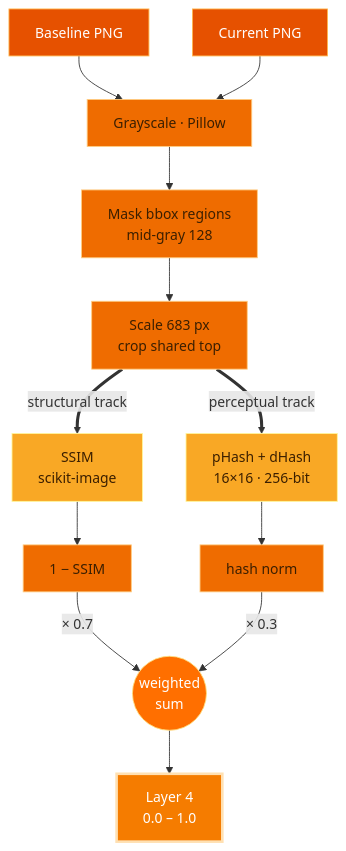
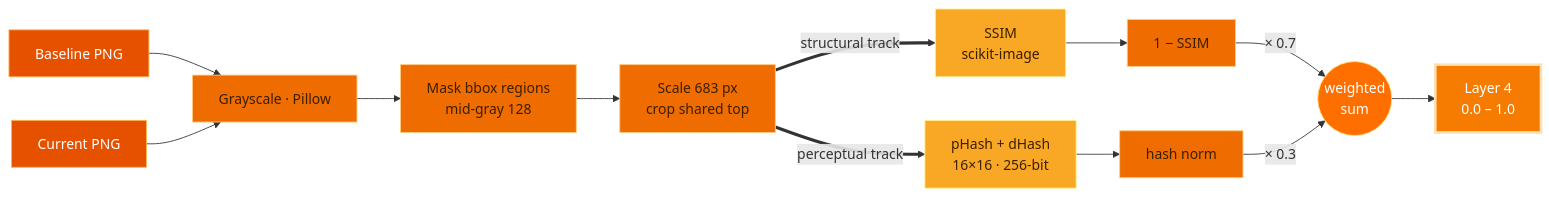
The diagram in docs/layers/4-visual-diff.mdx (Ns81000/WARDRESS), drawn with Mermaid before and after one commit. The commit also changed 6 other files, not shown here.

````diff
--- a/docs/layers/4-visual-diff.mdx
+++ b/docs/layers/4-visual-diff.mdx
@@ -15,20 +15,20 @@
 ```mermaid
-flowchart TD
+flowchart LR
     BS["Baseline PNG"]:::in --> GL
     CS["Current PNG"]:::in --> GL["Grayscale · Pillow"]:::node
     GL --> MK["Mask bbox regions<br/>mid-gray 128"]:::node
     MK --> RS["Scale 683 px<br/>crop shared top"]:::node
     RS ==>|"structural track"| SSIM["SSIM<br/>scikit-image"]:::track
     RS ==>|"perceptual track"| PH["pHash + dHash<br/>16×16 · 256-bit"]:::track
     SSIM --> SS["1 − SSIM"]:::node
     PH --> HS["hash norm"]:::node
     SS -->|"× 0.7"| F(("weighted<br/>sum")):::pick
     HS -->|"× 0.3"| F
     F --> OUT["Layer 4<br/>0.0 – 1.0"]:::out
 
     classDef in fill:#e65100,stroke:#ffb74d,color:#fff;
     classDef node fill:#ef6c00,stroke:#ffcc80,color:#3b1f00;
     classDef track fill:#f9a825,stroke:#fff59d,color:#3b1f00;
     classDef pick fill:#ff6f00,stroke:#ffe082,color:#fff;
     classDef out fill:#f57c00,stroke:#ffe0b2,color:#fff,stroke-width:3px;
 ```
````
